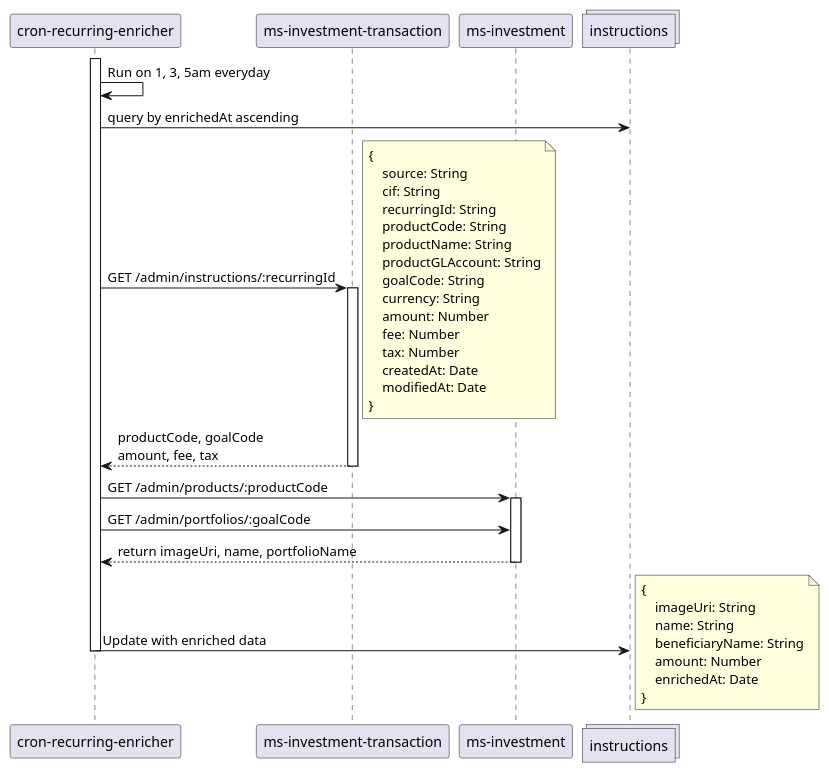
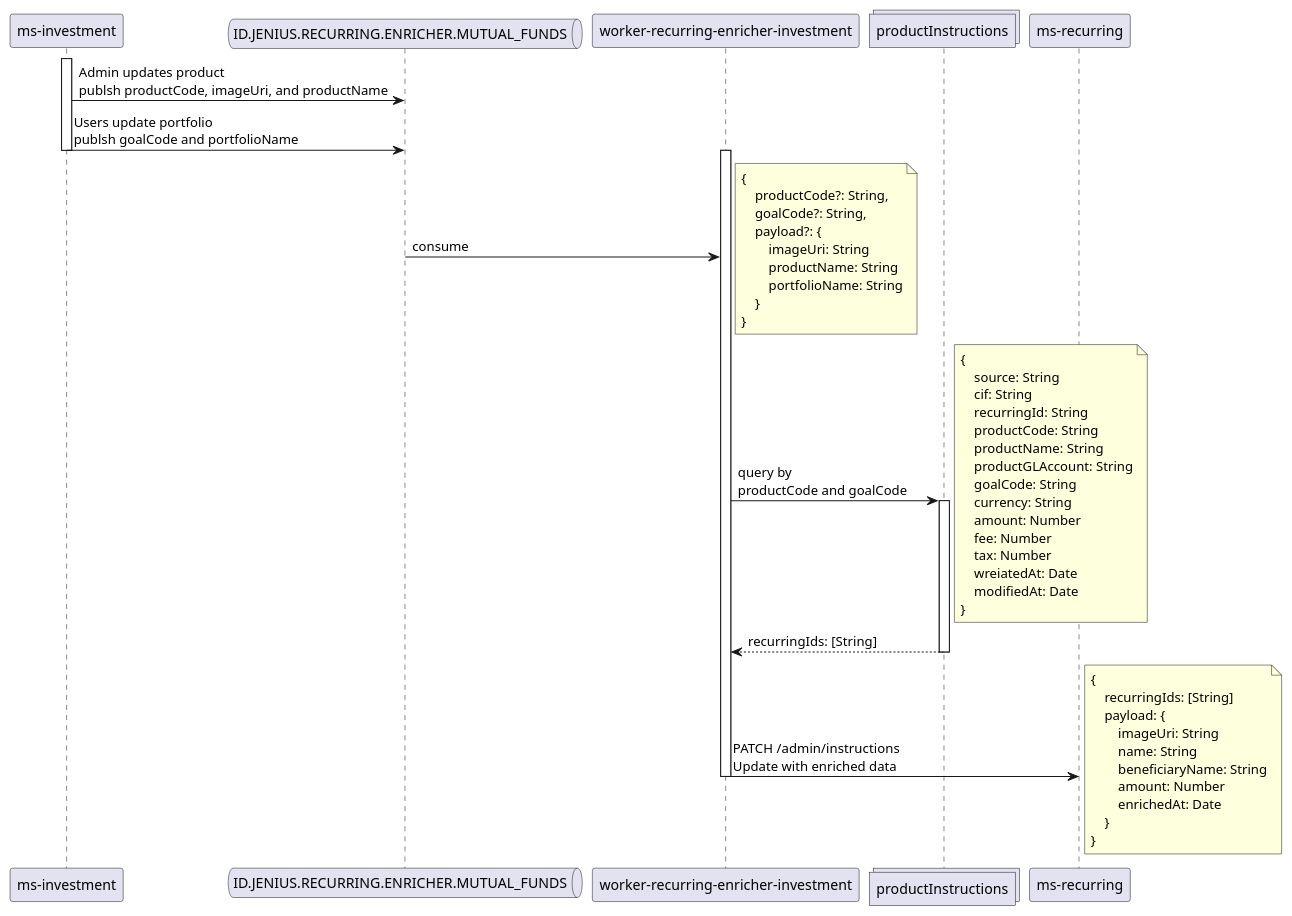
Before and after one commit to iksena/jenius-uml: the diagram in enricherRecurring.puml, drawn with PlantUML.

Commit message:
Add enricher

```diff
--- a/enricherRecurring.puml
+++ b/enricherRecurring.puml
@@ -1,49 +1,62 @@
 @startuml mutual funds cron recurring
 
-participant "cron-recurring-enricher" as cre
-participant "ms-investment-transaction" as mit
 participant "ms-investment" as mi
-collections "instructions" as instr
+queue "ID.JENIUS.RECURRING.ENRICHER.MUTUAL_FUNDS" as kafka
+participant "worker-recurring-enricher-investment" as wrei
+collections "productInstructions" as prods
+participant "ms-recurring" as instr
 
-activate cre
-cre -> cre: Run on 1, 3, 5am everyday
-cre -> instr: query by enrichedAt ascending
-cre -> mit: GET /admin/instructions/:recurringId
+activate mi
+mi -> kafka: Admin updates product\npublsh productCode, imageUri, and productName 
+mi -> kafka: Users update portfolio\npublsh goalCode and portfolioName 
+deactivate mi
+activate wrei
+kafka -> wrei: consume
+note right
+{ 
+    productCode?: String, 
+    goalCode?: String, 
+    payload?: {
+        imageUri: String
+        productName: String
+        portfolioName: String
+    }
+}
+end note
+wrei -> prods: query by \nproductCode and goalCode
 note right
 { 
     source: String
     cif: String
     recurringId: String
     productCode: String
     productName: String
     productGLAccount: String
     goalCode: String
     currency: String
     amount: Number
     fee: Number
     tax: Number
-    createdAt: Date
+    wreiatedAt: Date
     modifiedAt: Date
 }
 end note
-activate mit
-mit --> cre: productCode, goalCode\namount, fee, tax
-deactivate mit
-cre -> mi: GET /admin/products/:productCode
-activate mi
-cre -> mi: GET /admin/portfolios/:goalCode
-mi --> cre: return imageUri, name, portfolioName
-deactivate mi
-cre -> instr: Update with enriched data
+activate prods
+prods --> wrei: recurringIds: [String]
+deactivate prods
+wrei -> instr: PATCH /admin/instructions\nUpdate with enriched data
 note right
 {
-    imageUri: String
-    name: String
-    beneficiaryName: String
-    amount: Number
-    enrichedAt: Date
+    recurringIds: [String]
+    payload: {
+        imageUri: String
+        name: String
+        beneficiaryName: String
+        amount: Number
+        enrichedAt: Date
+    }
 }
 end note
-deactivate cre
+deactivate wrei
 
 @enduml
```
